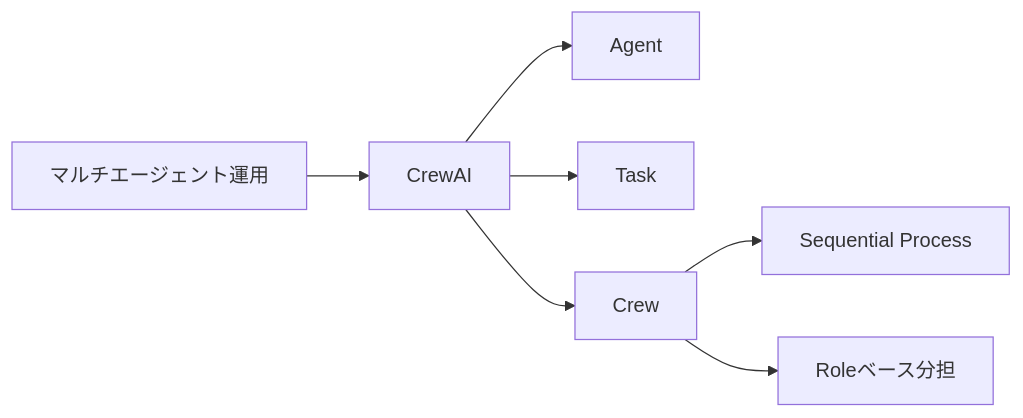
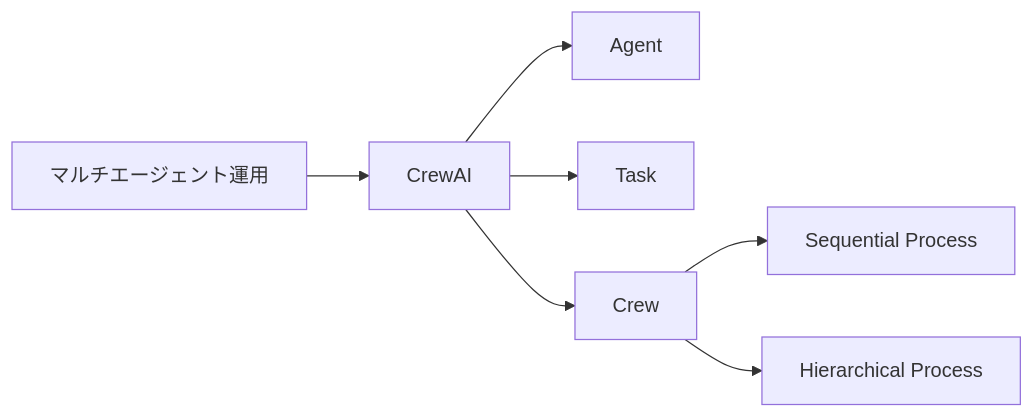
Before and after one commit to duwenji/generative-ai-oss-tutorials: the diagram in docs/01-agent-orchestration/04-crewai.md, drawn with Mermaid. The commit also changed other lines of this file and 1 other file, not shown here.

Commit message:
refactor: update .gitignore and restructure CrewAI documentation for clarity and organization

````diff
--- a/docs/01-agent-orchestration/04-crewai.md
+++ b/docs/01-agent-orchestration/04-crewai.md
@@ -34,9 +44,9 @@
 ```mermaid
 flowchart LR
-	A[マルチエージェント運用] --> B[CrewAI]
-	B --> C[Agent]
-	B --> D[Task]
-	B --> E[Crew]
-	E --> F[Sequential Process]
-	E --> G[Roleベース分担]
+    A[マルチエージェント運用] --> B[CrewAI]
+    B --> C[Agent]
+    B --> D[Task]
+    B --> E[Crew]
+    E --> F[Sequential Process]
+    E --> G[Hierarchical Process]
 ```
````
